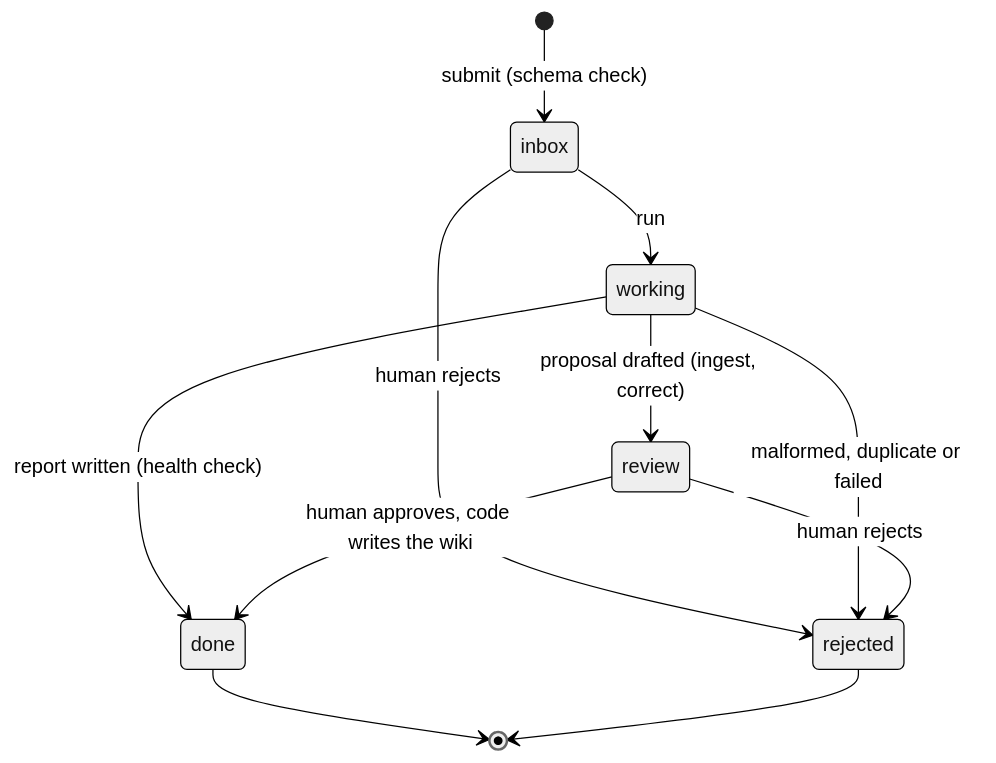
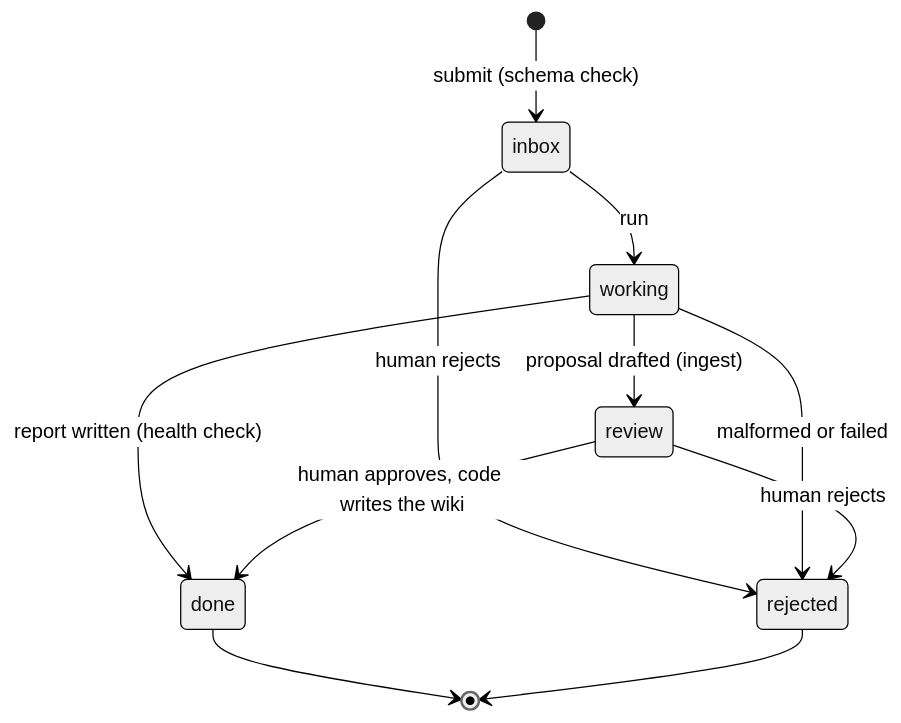
One commit to juancrfig/ergon changed the first of 2 diagrams in nodes/intake/diagrams.md. Above: the diagram before and after it, drawn with Mermaid (neutral theme). The commit also changed other lines of this file and 15 other files, not shown here.

````diff
--- a/nodes/intake/diagrams.md
+++ b/nodes/intake/diagrams.md
@@ -7,13 +7,13 @@
 ```mermaid
 stateDiagram-v2
     [*] --> inbox: submit (schema check)
     inbox --> working: run
     inbox --> rejected: human rejects
-    working --> rejected: malformed, duplicate or failed
-    working --> review: proposal drafted (ingest, correct)
+    working --> rejected: malformed or failed
+    working --> review: proposal drafted (ingest)
     working --> done: report written (health check)
     review --> done: human approves, code writes the wiki
     review --> rejected: human rejects
     done --> [*]
     rejected --> [*]
 ```
````
